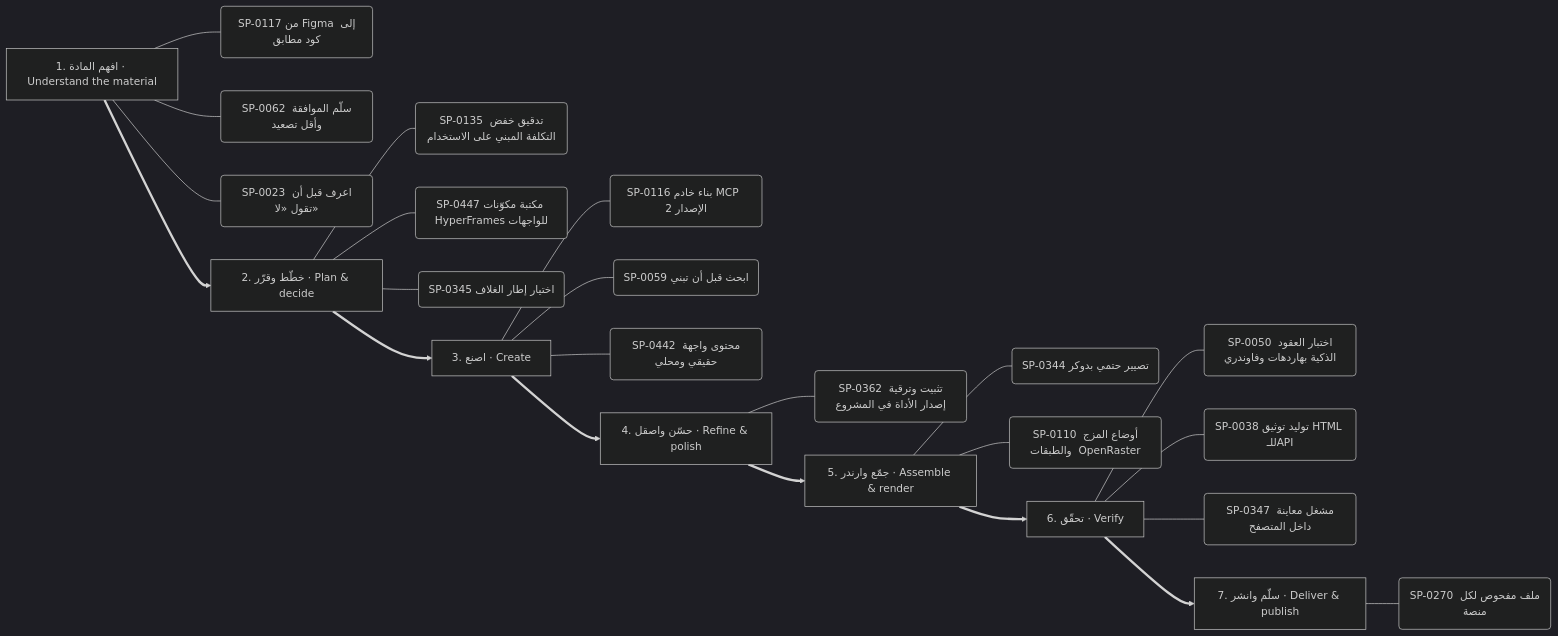
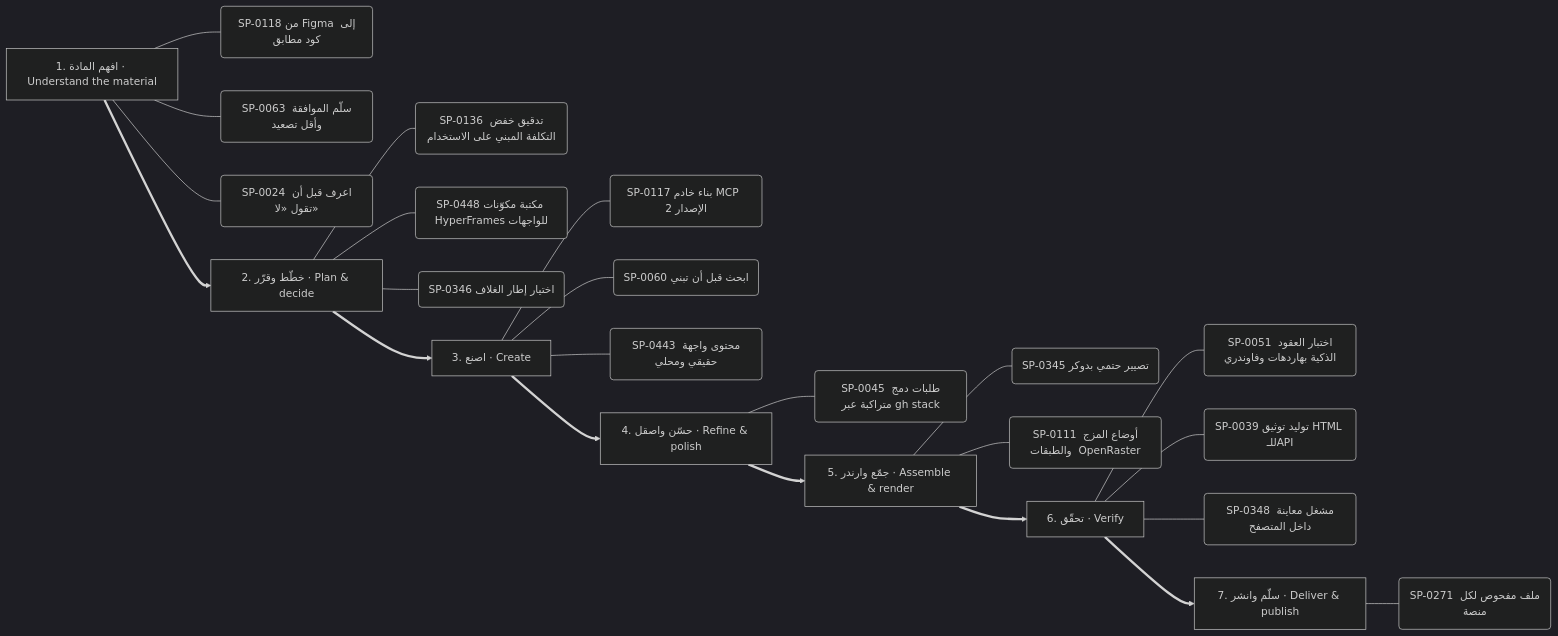
Before and after one commit to kosif199022-jpg/kosif-tool: the ninth of 13 diagrams in .claude/skills/kosif-superpowers/references/capability-mindmap.md, drawn with Mermaid (dark theme). The commit also changed other lines of this file and 9 other files, not shown here.

First line of the commit message:
Rebuild the fused superpowers, hubs, mind map and owned-repos map

````diff
--- a/.claude/skills/kosif-superpowers/references/capability-mindmap.md
+++ b/.claude/skills/kosif-superpowers/references/capability-mindmap.md
@@ -455,32 +455,32 @@
 ```mermaid
 flowchart LR
   S0["1. افهم المادة · Understand the material"]
-  S0 --- S0_0("SP-0117 من Figma إلى كود مطابق")
-  S0 --- S0_1("SP-0062 سلّم الموافقة وأقل تصعيد")
-  S0 --- S0_2("SP-0023 اعرف قبل أن تقول «لا»")
+  S0 --- S0_0("SP-0118 من Figma إلى كود مطابق")
+  S0 --- S0_1("SP-0063 سلّم الموافقة وأقل تصعيد")
+  S0 --- S0_2("SP-0024 اعرف قبل أن تقول «لا»")
   S1["2. خطّط وقرّر · Plan & decide"]
-  S1 --- S1_0("SP-0135 تدقيق خفض التكلفة المبني على الاستخدام")
-  S1 --- S1_1("SP-0447 مكتبة مكوّنات HyperFrames للواجهات")
-  S1 --- S1_2("SP-0345 اختيار إطار الغلاف")
+  S1 --- S1_0("SP-0136 تدقيق خفض التكلفة المبني على الاستخدام")
+  S1 --- S1_1("SP-0448 مكتبة مكوّنات HyperFrames للواجهات")
+  S1 --- S1_2("SP-0346 اختيار إطار الغلاف")
   S0 ==> S1
   S2["3. اصنع · Create"]
-  S2 --- S2_0("SP-0116 بناء خادم MCP  الإصدار 2 ")
-  S2 --- S2_1("SP-0059 ابحث قبل أن تبني")
-  S2 --- S2_2("SP-0442 محتوى واجهة حقيقي ومحلي")
+  S2 --- S2_0("SP-0117 بناء خادم MCP  الإصدار 2 ")
+  S2 --- S2_1("SP-0060 ابحث قبل أن تبني")
+  S2 --- S2_2("SP-0443 محتوى واجهة حقيقي ومحلي")
   S1 ==> S2
   S3["4. حسّن واصقل · Refine & polish"]
-  S3 --- S3_0("SP-0362 تثبيت وترقية إصدار الأداة في المشروع")
+  S3 --- S3_0("SP-0045 طلبات دمج متراكبة عبر gh stack")
   S2 ==> S3
   S4["5. جمّع وارندر · Assemble & render"]
-  S4 --- S4_0("SP-0344 تصيير حتمي بدوكر")
-  S4 --- S4_1("SP-0110 أوضاع المزج والطبقات  OpenRaster ")
+  S4 --- S4_0("SP-0345 تصيير حتمي بدوكر")
+  S4 --- S4_1("SP-0111 أوضاع المزج والطبقات  OpenRaster ")
   S3 ==> S4
   S5["6. تحقّق · Verify"]
-  S5 --- S5_0("SP-0050 اختبار العقود الذكية بهاردهات وفاوندري")
-  S5 --- S5_1("SP-0038 توليد توثيق HTML للـAPI")
-  S5 --- S5_2("SP-0347 مشغل معاينة داخل المتصفح")
+  S5 --- S5_0("SP-0051 اختبار العقود الذكية بهاردهات وفاوندري")
+  S5 --- S5_1("SP-0039 توليد توثيق HTML للـAPI")
+  S5 --- S5_2("SP-0348 مشغل معاينة داخل المتصفح")
   S4 ==> S5
   S6["7. سلّم وانشر · Deliver & publish"]
-  S6 --- S6_0("SP-0270 ملف مفحوص لكل منصة")
+  S6 --- S6_0("SP-0271 ملف مفحوص لكل منصة")
   S5 ==> S6
 ```
````
